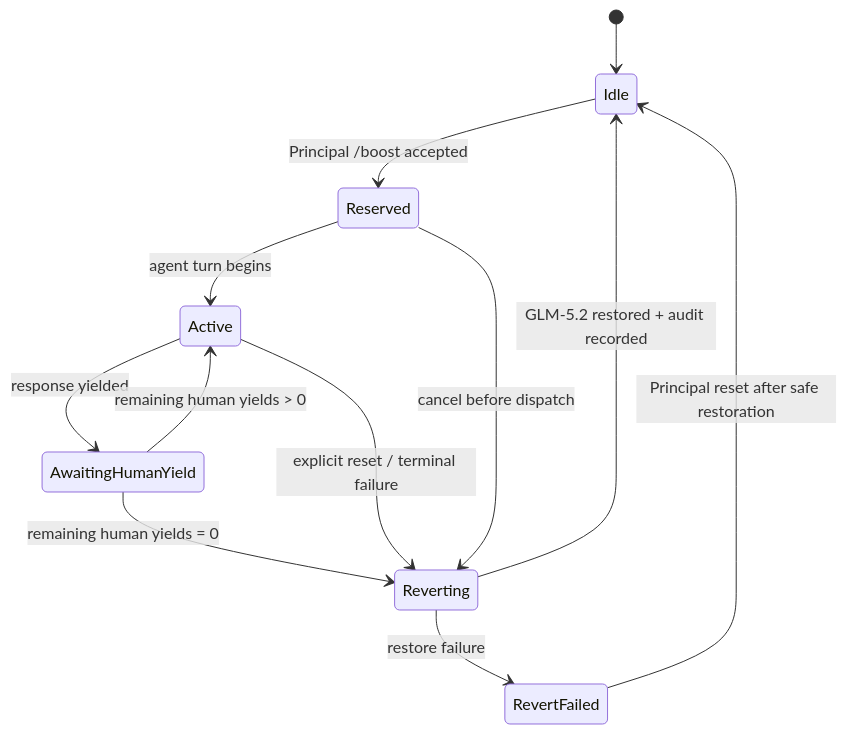
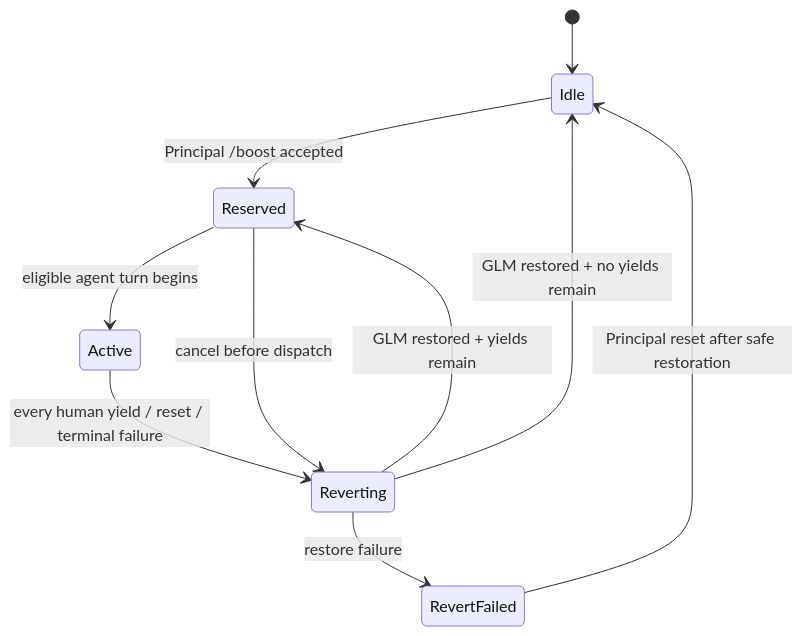
One commit to tS7hKamAYL84j91/pi-tools-and-skills changed the diagram in docs/reports/t-839-boost-lease-proposal.md. Above: the diagram before and after it, drawn with Mermaid. The commit also changed other lines of this file, not shown here.

````diff
--- a/docs/reports/t-839-boost-lease-proposal.md
+++ b/docs/reports/t-839-boost-lease-proposal.md
@@ -19,14 +19,12 @@
 ```mermaid
 stateDiagram-v2
   [*] --> Idle
   Idle --> Reserved: Principal /boost accepted
-  Reserved --> Active: agent turn begins
-  Active --> AwaitingHumanYield: response yielded
-  AwaitingHumanYield --> Active: remaining human yields > 0
-  AwaitingHumanYield --> Reverting: remaining human yields = 0
-  Active --> Reverting: explicit reset / terminal failure
+  Reserved --> Active: eligible agent turn begins
+  Active --> Reverting: every human yield / reset / terminal failure
   Reserved --> Reverting: cancel before dispatch
-  Reverting --> Idle: GLM-5.2 restored + audit recorded
+  Reverting --> Reserved: GLM restored + yields remain
+  Reverting --> Idle: GLM restored + no yields remain
   Reverting --> RevertFailed: restore failure
   RevertFailed --> Idle: Principal reset after safe restoration
 ```
````
